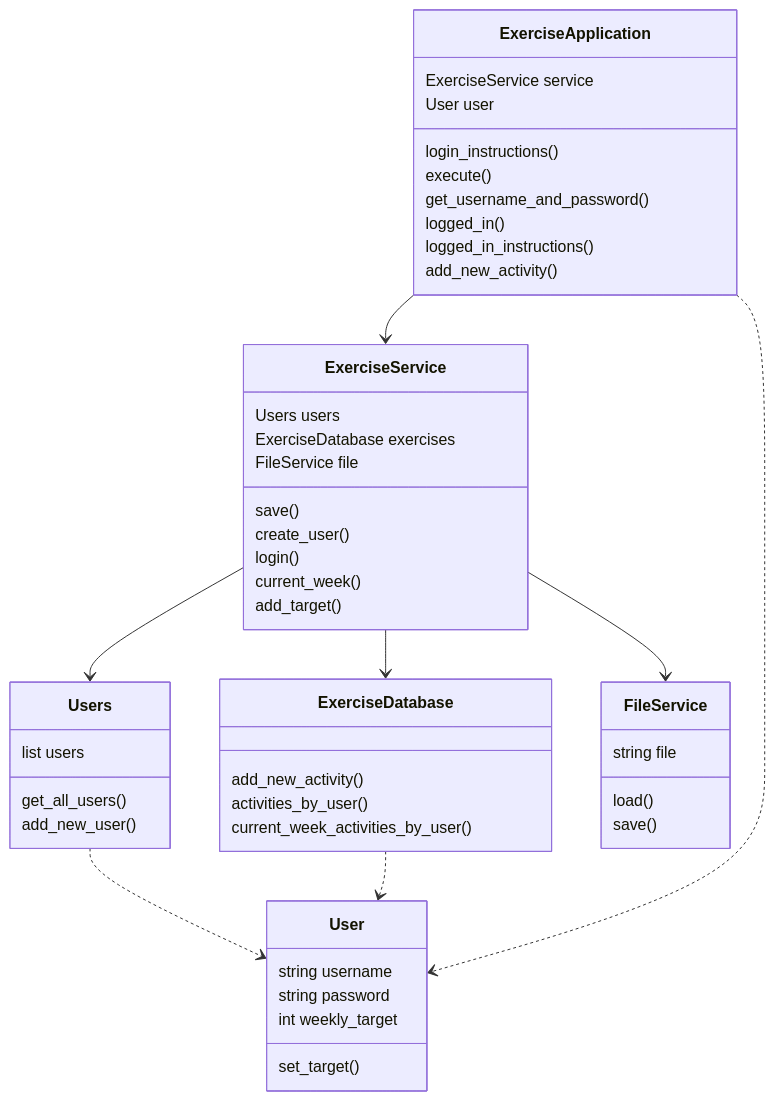
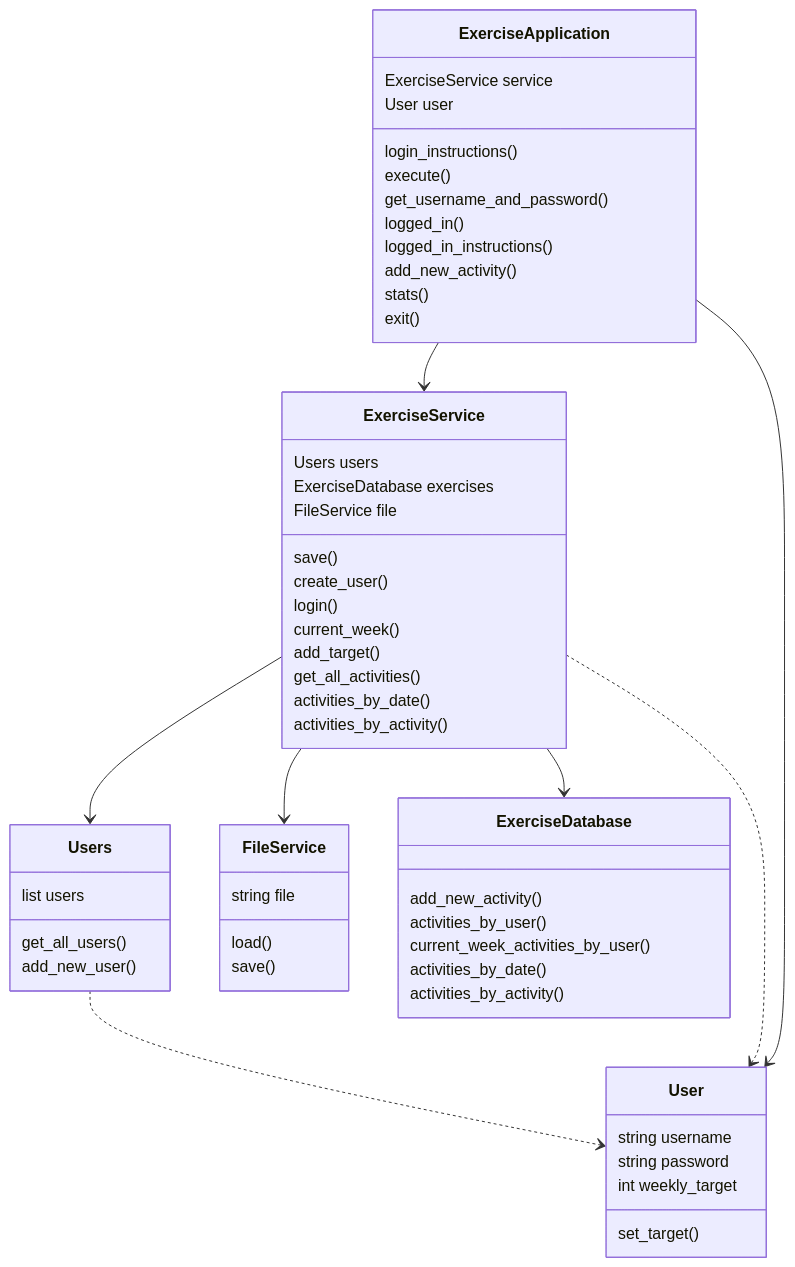
One commit to Kaabero/ot-harjoitustyo changed the first of 2 diagrams in dokumentaatio/arkkitehtuuri.md. Above: the diagram before and after it, drawn with Mermaid. The commit also changed other lines of this file, not shown here.

````diff
--- a/dokumentaatio/arkkitehtuuri.md
+++ b/dokumentaatio/arkkitehtuuri.md
@@ -3,59 +10,66 @@
 ```mermaid
  classDiagram
  
       Users ..> User
-      ExerciseDatabase ..> User
       ExerciseApplication --> ExerciseService
       ExerciseService --> FileService
-      ExerciseApplication ..> User
+      ExerciseService ..> User
+      ExerciseApplication --> User
       ExerciseService --> Users
       ExerciseService --> ExerciseDatabase
       
       
       class ExerciseApplication {
         ExerciseService service
         User user
 	login_instructions()
 	execute()
 	get_username_and_password()
 	logged_in()
 	logged_in_instructions()
 	add_new_activity()
+	stats()
+	exit()
       }
       
       class ExerciseService {
         Users users
 	ExerciseDatabase exercises
         FileService file
 	save()
 	create_user()
 	login()
 	current_week()
 	add_target()
+	get_all_activities()
+	activities_by_date()
+	activities_by_activity()
       }
 
       class Users {
         list users
         get_all_users()
         add_new_user()
       }
 
       class User {
         string username
         string password
         int weekly_target
         set_target()
 
       }
       class FileService {
         string file
         load()
         save()
       }
       class ExerciseDatabase {
         add_new_activity()
         activities_by_user()
         current_week_activities_by_user()
+	activities_by_date()
+	activities_by_activity()
       }
      
 ```
````
